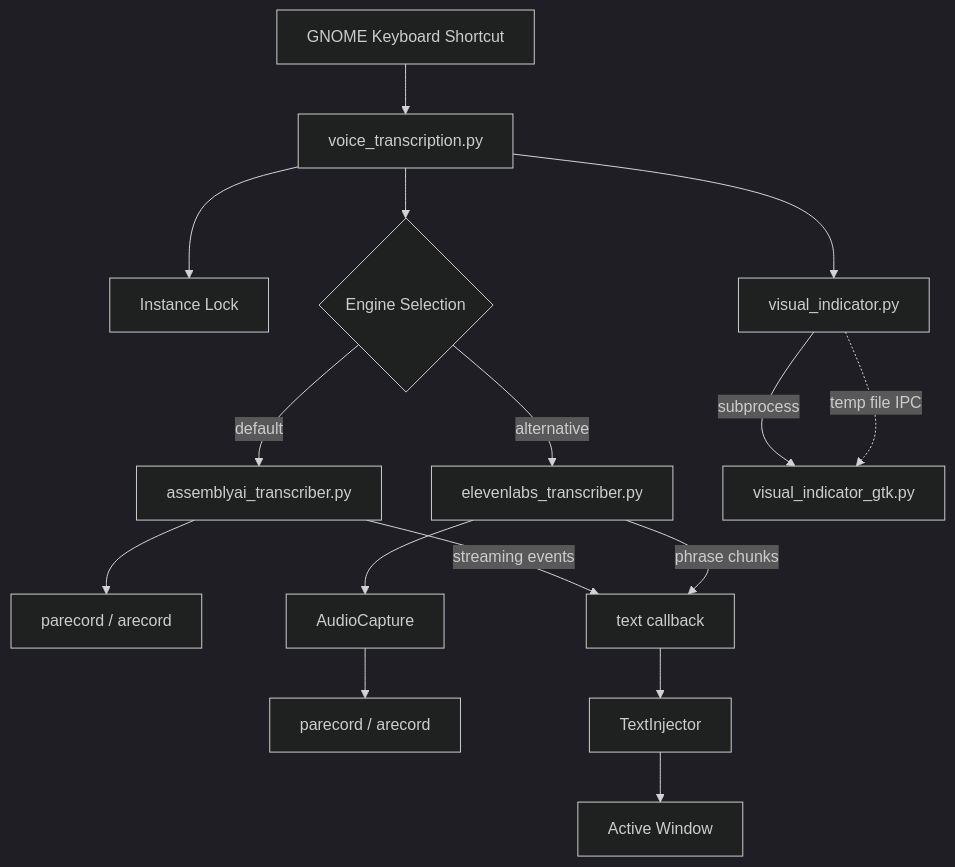
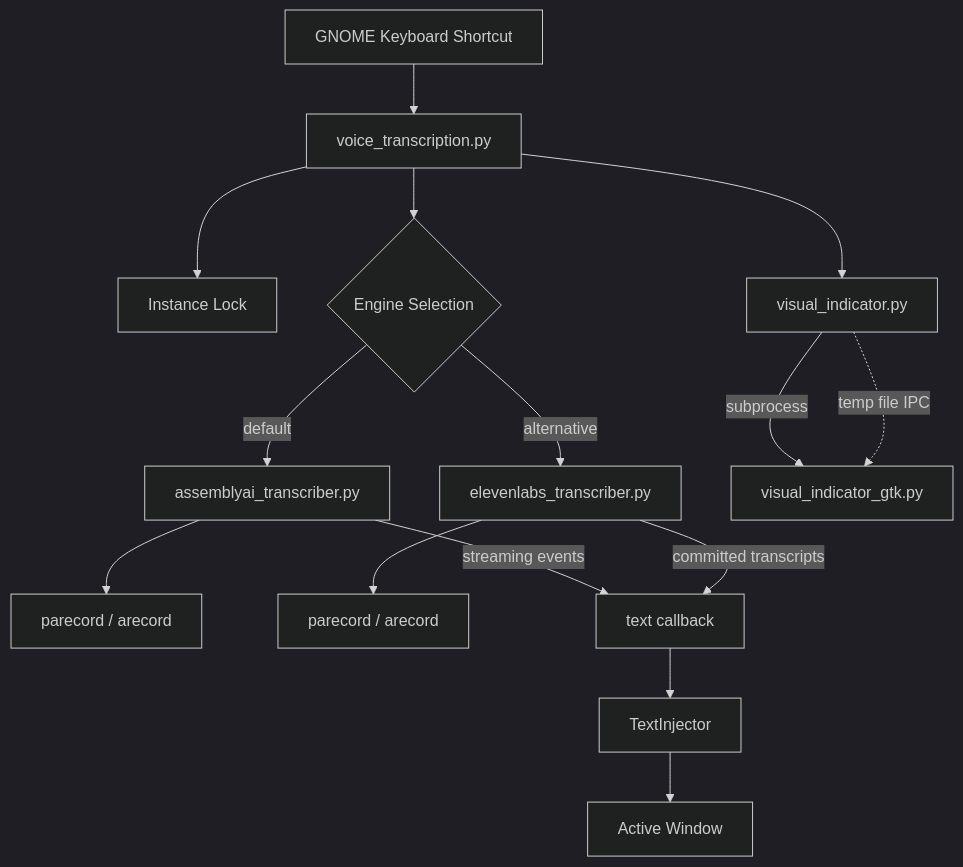
One commit to lttr/realtime-transcript-linux changed the first of 4 diagrams in ARCHITECTURE.md. Above: the diagram before and after it, drawn with Mermaid (dark theme). The commit also changed other lines of this file and 2 other files, not shown here.

Commit message:
docs: update architecture and docs for ElevenLabs WebSocket streaming

````diff
--- a/ARCHITECTURE.md
+++ b/ARCHITECTURE.md
@@ -7,21 +7,20 @@
 ```mermaid
 graph TD
     KS[GNOME Keyboard Shortcut] --> VT[voice_transcription.py]
     VT --> LOCK[Instance Lock]
     VT --> ENGINE{Engine Selection}
     ENGINE -->|default| AAI[assemblyai_transcriber.py]
     ENGINE -->|alternative| EL[elevenlabs_transcriber.py]
 
     AAI --> MIC1[parecord / arecord]
-    EL --> AC[AudioCapture]
-    AC --> MIC2[parecord / arecord]
+    EL --> MIC2[parecord / arecord]
 
     AAI -->|streaming events| CB[text callback]
-    EL -->|phrase chunks| CB
+    EL -->|committed transcripts| CB
     CB --> TI[TextInjector]
     TI --> WIN[Active Window]
 
     VT --> VI[visual_indicator.py]
     VI -->|subprocess| GTK[visual_indicator_gtk.py]
     VI -.->|temp file IPC| GTK
 ```
````
